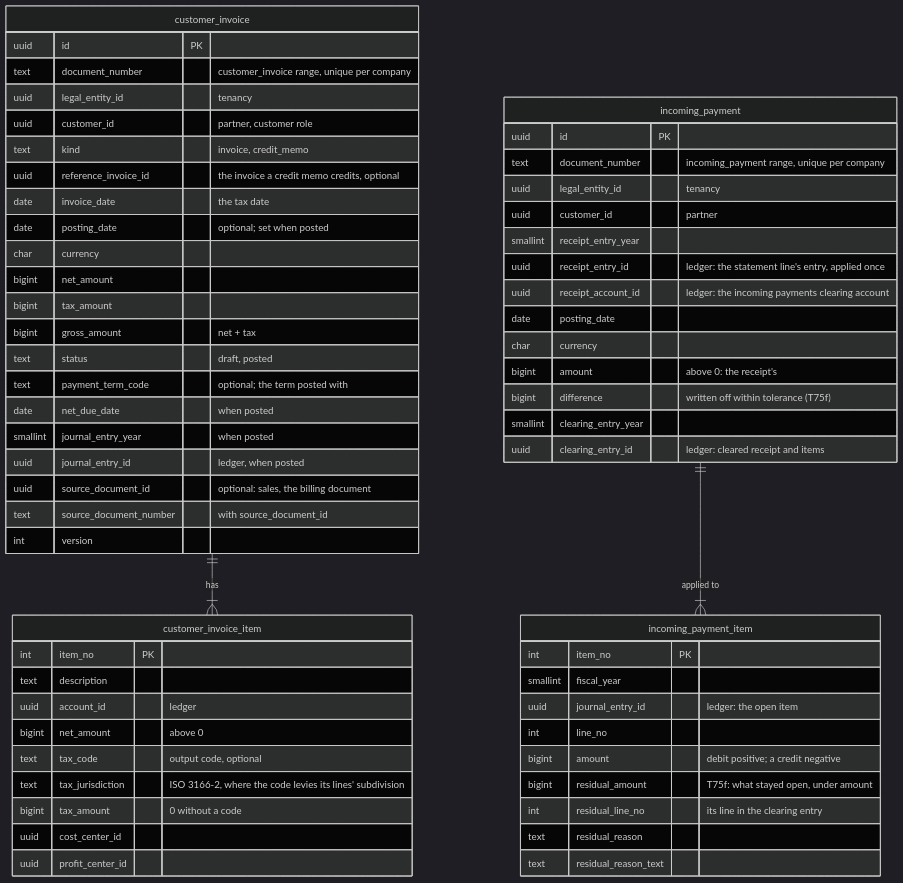
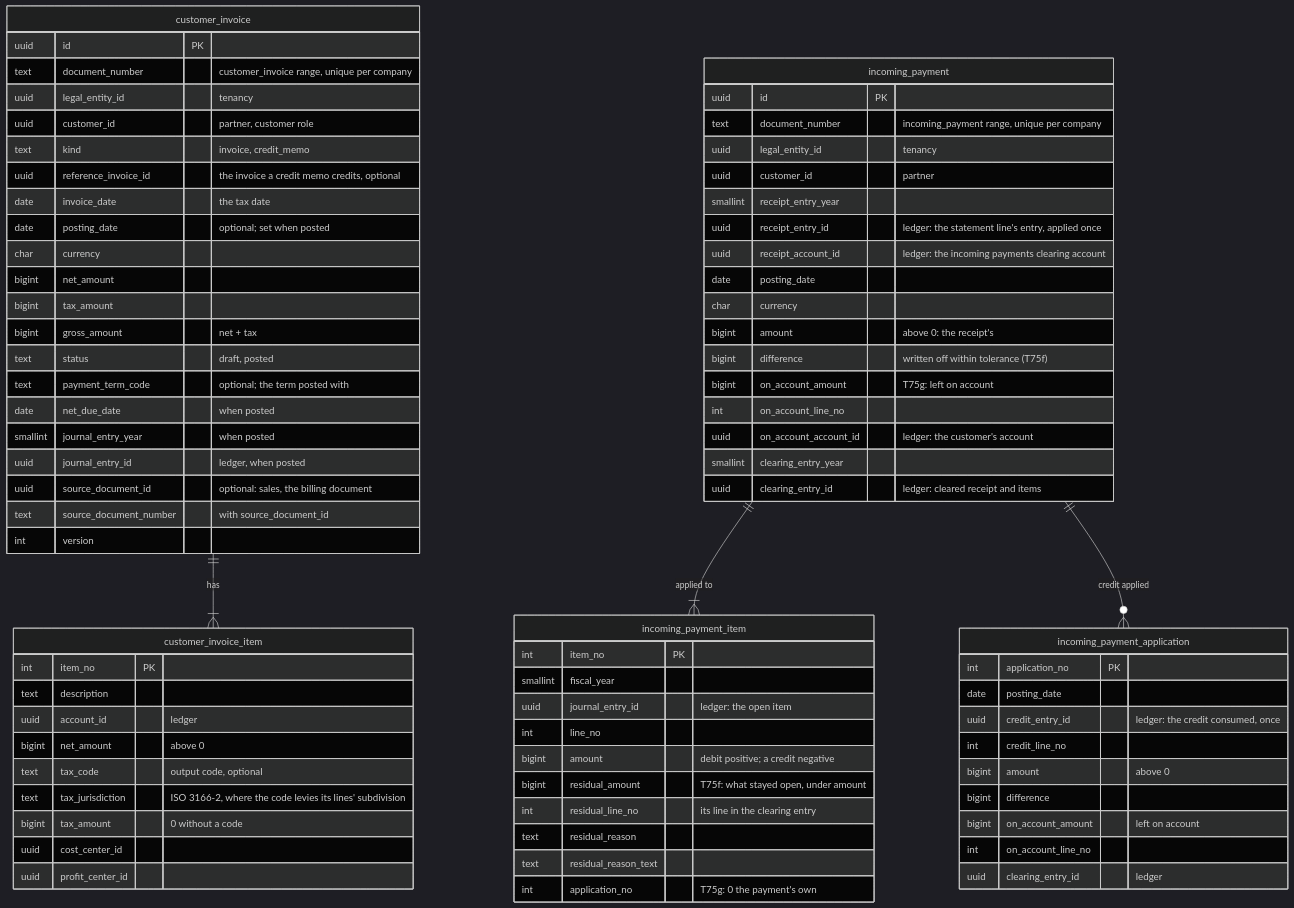
One commit to mustie7iy/agentic-erp changed diagram 14 of 20 in docs/design/03-data-model.md. Above: the diagram before and after it, drawn with Mermaid (dark theme). The commit also changed other lines of this file and 41 other files, not shown here.

First line of the commit message:
T75g: payments on account: a receipt, or what it leaves, put on the customer's account as a credit, and the credit applied later to open items

````diff
--- a/docs/design/03-data-model.md
+++ b/docs/design/03-data-model.md
@@ -4474,56 +4474,70 @@
 ```mermaid
 erDiagram
   customer_invoice ||--|{ customer_invoice_item : "has"
   customer_invoice { uuid id PK
     text document_number "customer_invoice range, unique per company"
     uuid legal_entity_id "tenancy"
     uuid customer_id "partner, customer role"
     text kind "invoice, credit_memo"
     uuid reference_invoice_id "the invoice a credit memo credits, optional"
     date invoice_date "the tax date"
     date posting_date "optional; set when posted"
     char currency
     bigint net_amount
     bigint tax_amount
     bigint gross_amount "net + tax"
     text status "draft, posted"
     text payment_term_code "optional; the term posted with"
     date net_due_date "when posted"
     smallint journal_entry_year "when posted"
     uuid journal_entry_id "ledger, when posted"
     uuid source_document_id "optional: sales, the billing document"
     text source_document_number "with source_document_id"
     int version }
   customer_invoice_item { int item_no PK
     text description
     uuid account_id "ledger"
     bigint net_amount "above 0"
     text tax_code "output code, optional"
     text tax_jurisdiction "ISO 3166-2, where the code levies its lines' subdivision"
     bigint tax_amount "0 without a code"
     uuid cost_center_id
     uuid profit_center_id }
   incoming_payment ||--|{ incoming_payment_item : "applied to"
   incoming_payment { uuid id PK
     text document_number "incoming_payment range, unique per company"
     uuid legal_entity_id "tenancy"
     uuid customer_id "partner"
     smallint receipt_entry_year
     uuid receipt_entry_id "ledger: the statement line's entry, applied once"
     uuid receipt_account_id "ledger: the incoming payments clearing account"
     date posting_date
     char currency
     bigint amount "above 0: the receipt's"
     bigint difference "written off within tolerance (T75f)"
+    bigint on_account_amount "T75g: left on account"
+    int on_account_line_no
+    uuid on_account_account_id "ledger: the customer's account"
     smallint clearing_entry_year
     uuid clearing_entry_id "ledger: cleared receipt and items" }
   incoming_payment_item { int item_no PK
     smallint fiscal_year
     uuid journal_entry_id "ledger: the open item"
     int line_no
     bigint amount "debit positive; a credit negative"
     bigint residual_amount "T75f: what stayed open, under amount"
     int residual_line_no "its line in the clearing entry"
     text residual_reason
-    text residual_reason_text }
+    text residual_reason_text
+    int application_no "T75g: 0 the payment's own" }
+  incoming_payment ||--o{ incoming_payment_application : "credit applied"
+  incoming_payment_application { int application_no PK
+    date posting_date
+    uuid credit_entry_id "ledger: the credit consumed, once"
+    int credit_line_no
+    bigint amount "above 0"
+    bigint difference
+    bigint on_account_amount "left on account"
+    int on_account_line_no
+    uuid clearing_entry_id "ledger" }
 ```
````
